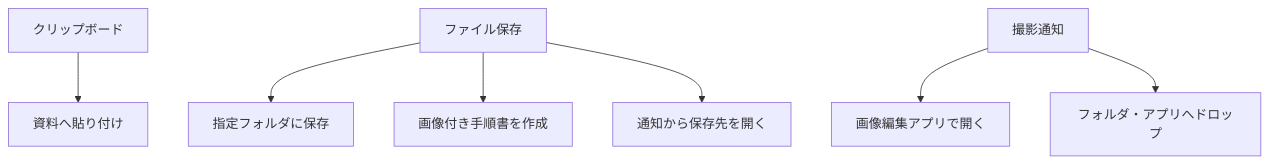
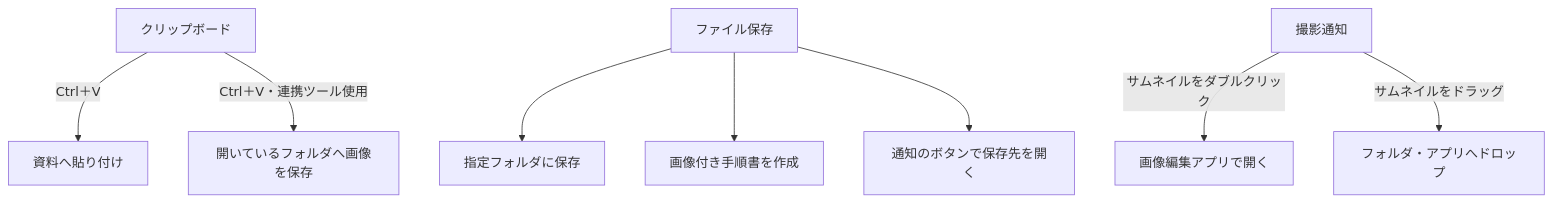
The second of 3 diagrams in README.md (KotorinChunChun/SSCapture), drawn with Mermaid before and after one commit. The commit also changed other lines of this file and 5 other files, not shown here.

````diff
--- a/README.md
+++ b/README.md
@@ -34,9 +32,10 @@
 ```mermaid
 flowchart TB
-    clipboard["クリップボード"] --> document["資料へ貼り付け"]
+    clipboard["クリップボード"] -->|Ctrl＋V| document["資料へ貼り付け"]
+    clipboard -->|Ctrl＋V・連携ツール使用| folder["開いているフォルダへ画像を保存"]
     file["ファイル保存"] --> save["指定フォルダに保存"]
     file --> manual["画像付き手順書を作成"]
-    file --> openFolder["通知から保存先を開く"]
-    notice["撮影通知"] --> openEditor["画像編集アプリで開く"]
-    notice --> drop["フォルダ・アプリへドロップ"]
+    file --> openFolder["通知のボタンで保存先を開く"]
+    notice["撮影通知"] -->|サムネイルをダブルクリック| openEditor["画像編集アプリで開く"]
+    notice -->|サムネイルをドラッグ| drop["フォルダ・アプリへドロップ"]
 ```
````
